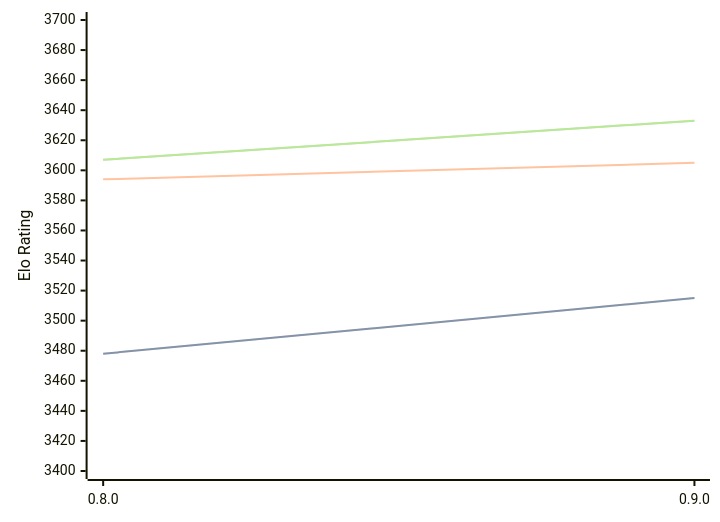
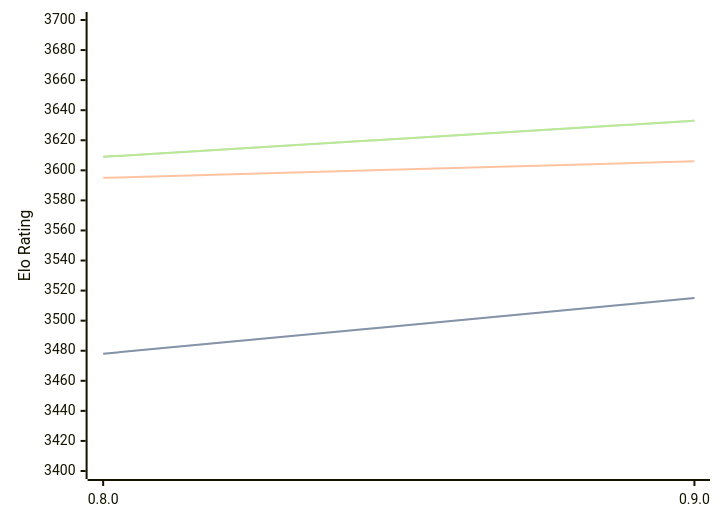
One commit to computer-chess-index/cci changed the diagram in engines/Reckless.md. Above: the diagram before and after it, drawn with Mermaid. The commit also changed other lines of this file, not shown here.

Commit message:
Update CCI Ratings (ELO VLTC) - 2026-04-25

````diff
--- a/engines/Reckless.md
+++ b/engines/Reckless.md
@@ -39,11 +39,11 @@
 ```mermaid
 %%{init: {"theme":"base","themeVariables":{"seriesColors:['#a3a3a3','#222221','#faa371']}}}%%
 xychart-beta
   x-axis ["0.8.0", "0.9.0"]
   y-axis "Elo Rating" 3400 --> 3700
   line "STC (8.0+0.08s)" [3478, 3515]
   line "STC (8.0+0.08s)" [3478, 3515]
-  line "LTC (60.0+0.60s)" [3594, 3605]
-  line "VLTC (2m24s+1.12s)" [3607, 3633]
-  line "VLTC (2m24s+1.12s)" [3607, 3633]
+  line "LTC (60.0+0.60s)" [3595, 3606]
+  line "VLTC (2m24s+1.12s)" [3609, 3633]
+  line "VLTC (2m24s+1.12s)" [3609, 3633]
 ```
````
